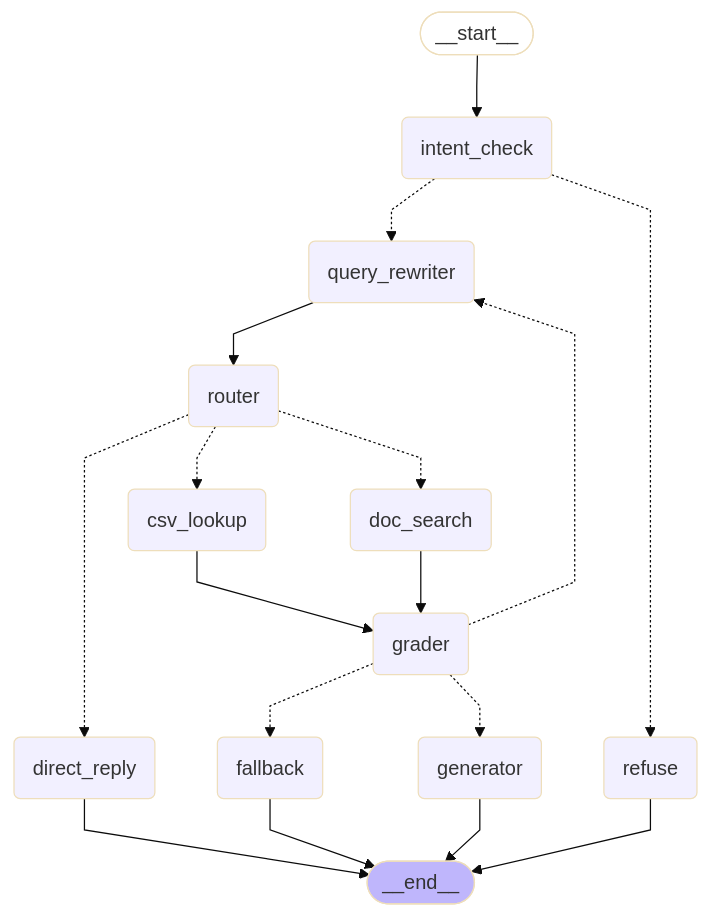
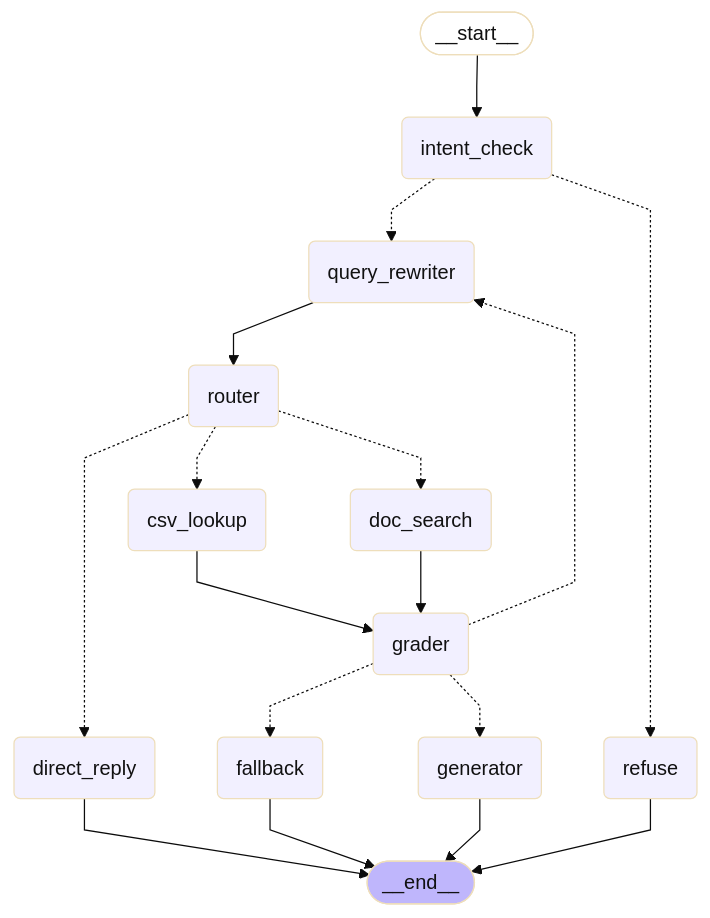
Before and after one commit to f04102005/AI-FinAssess: the diagram in README.md, drawn with Mermaid (base theme).

````diff
--- a/README.md
+++ b/README.md
@@ -7,39 +7,42 @@
 ```mermaid
 ---
 config:
   flowchart:
     curve: linear
 ---
 graph TD;
         __start__([<p>__start__</p>]):::first
         intent_check(intent_check)
         refuse(refuse)
         query_rewriter(query_rewriter)
         router(router)
         doc_search(doc_search)
         csv_lookup(csv_lookup)
         direct_reply(direct_reply)
         grader(grader)
         generator(generator)
         fallback(fallback)
         __end__([<p>__end__</p>]):::last
         __start__ --> intent_check;
         csv_lookup --> grader;
         doc_search --> grader;
         grader -.-> fallback;
         grader -.-> generator;
         grader -.-> query_rewriter;
         intent_check -.-> query_rewriter;
         intent_check -.-> refuse;
         query_rewriter --> router;
         router -.-> csv_lookup;
         router -.-> direct_reply;
         router -.-> doc_search;
         direct_reply --> __end__;
         fallback --> __end__;
         generator --> __end__;
         refuse --> __end__;
         classDef default fill:#f2f0ff,line-height:1.2
         classDef first fill-opacity:0
         classDef last fill:#bfb6fc
+        classDef default fill:#f2f0ff,color:#111,line-height:1.2
+        classDef first fill-opacity:0
+        classDef last fill:#bfb6fc,color:#111
 ```
````
